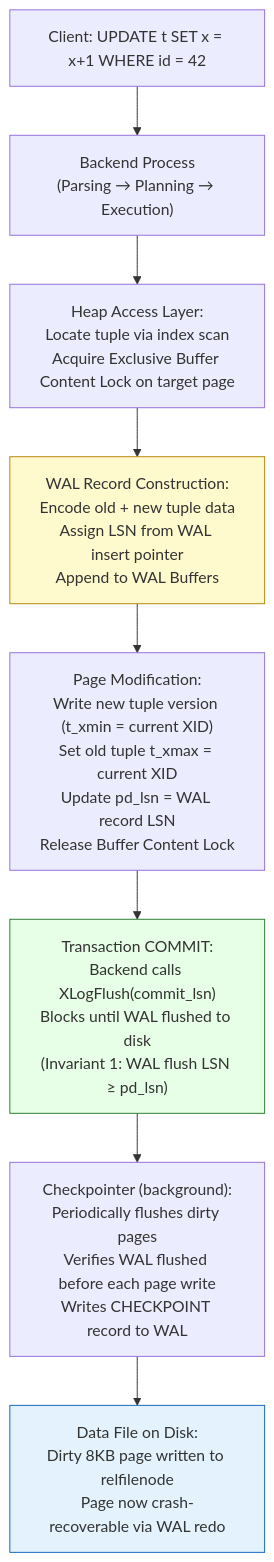
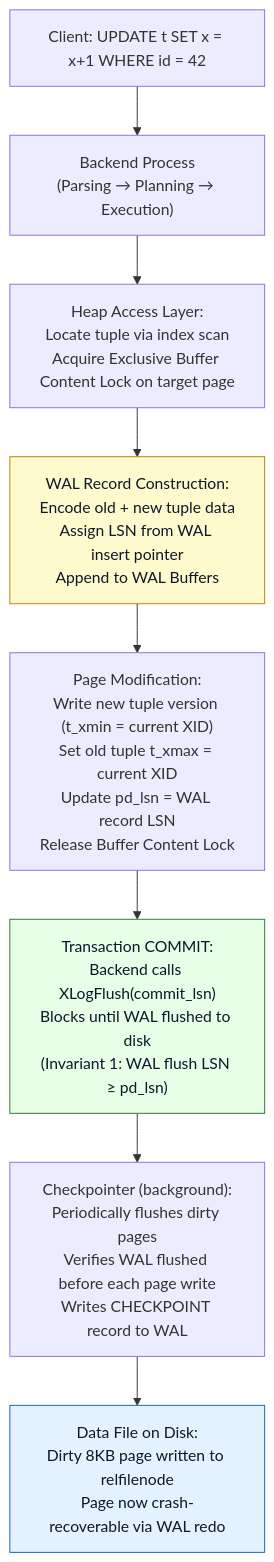
The fifth of 5 diagrams in topics/computing/data/postgresql/lesson_01_foundations_and_invariants.md (blebleblee/synapse), drawn with Mermaid before and after one commit. The commit also changed other lines of this file and 1464 other files, not shown here.

Commit message:
feat(release): curriculum vector mermaid upgrade, render hardening, and master synpack

````diff
--- a/topics/computing/data/postgresql/lesson_01_foundations_and_invariants.md
+++ b/topics/computing/data/postgresql/lesson_01_foundations_and_invariants.md
@@ -437,17 +458,17 @@
 ```mermaid
 flowchart TD
     CL["Client: UPDATE t SET x = x+1 WHERE id = 42"]
     CL --> BE["Backend Process\n(Parsing → Planning → Execution)"]
 
     BE --> HM["Heap Access Layer:\nLocate tuple via index scan\nAcquire Exclusive Buffer Content Lock on target page"]
     HM --> WR["WAL Record Construction:\nEncode old + new tuple data\nAssign LSN from WAL insert pointer\nAppend to WAL Buffers"]
     WR --> PM["Page Modification:\nWrite new tuple version (t_xmin = current XID)\nSet old tuple t_xmax = current XID\nUpdate pd_lsn = WAL record LSN\nRelease Buffer Content Lock"]
 
     PM --> CT["Transaction COMMIT:\nBackend calls XLogFlush(commit_lsn)\nBlocks until WAL flushed to disk\n(Invariant 1: WAL flush LSN ≥ pd_lsn)"]
     CT --> CK["Checkpointer (background):\nPeriodically flushes dirty pages\nVerifies WAL flushed before each page write\nWrites CHECKPOINT record to WAL"]
     CK --> DF["Data File on Disk:\nDirty 8KB page written to relfilenode\nPage now crash-recoverable via WAL redo"]
 
-    style WR fill:#fffacd,stroke:#b8860b
-    style CT fill:#e6ffe6,stroke:#2e7d32
-    style DF fill:#e3f2fd,stroke:#1565c0
+    style WR fill:#fffacd,stroke:#b8860b,color:#0f172a
+    style CT fill:#e6ffe6,stroke:#2e7d32,color:#0f172a
+    style DF fill:#e3f2fd,stroke:#1565c0,color:#0f172a
 ```
````
